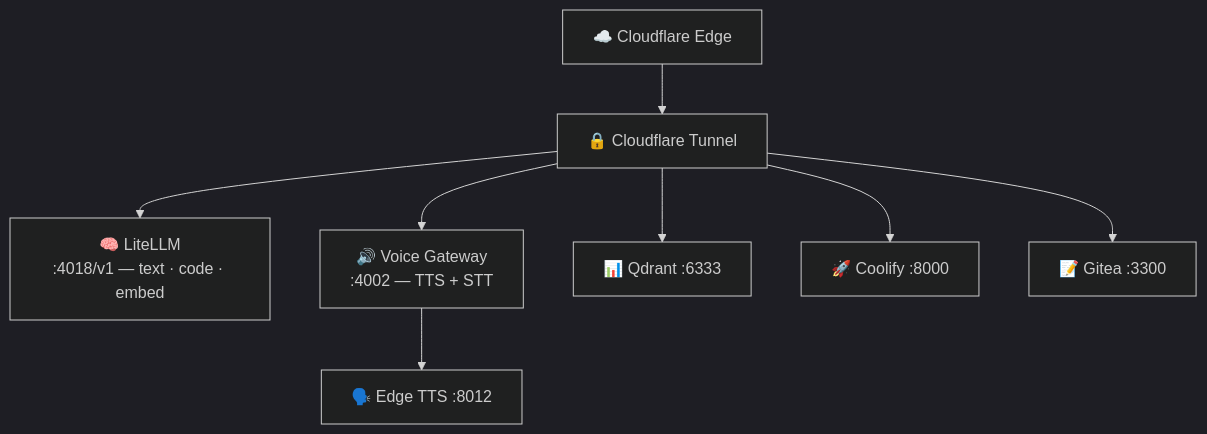
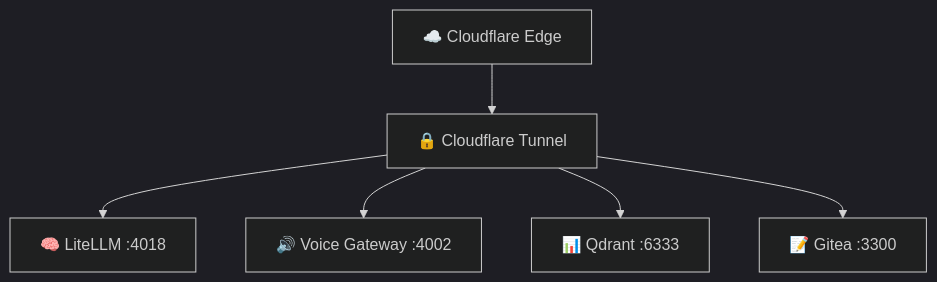
The diagram in README.md (zapprosite/monorepo), drawn with Mermaid (dark theme) before and after one commit. The commit also changed other lines of this file and 2 other files, not shown here.

````diff
--- a/README.md
+++ b/README.md
@@ -26,10 +19,8 @@
 ```mermaid
 graph TB
     CF["☁️ Cloudflare Edge"] --> Tunnel["🔒 Cloudflare Tunnel"]
-    Tunnel --> LLM["🧠 LiteLLM<br/>:4018/v1 — text · code · embed"]
-    Tunnel --> Voice["🔊 Voice Gateway<br/>:4002 — TTS + STT"]
+    Tunnel --> LLM["🧠 LiteLLM :4018"]
+    Tunnel --> Voice["🔊 Voice Gateway :4002"]
     Tunnel --> Qdrant["📊 Qdrant :6333"]
-    Tunnel --> Coolify["🚀 Coolify :8000"]
     Tunnel --> Gitea["📝 Gitea :3300"]
-    Voice --> EdgeTTS["🗣️ Edge TTS :8012"]
 ```
````
